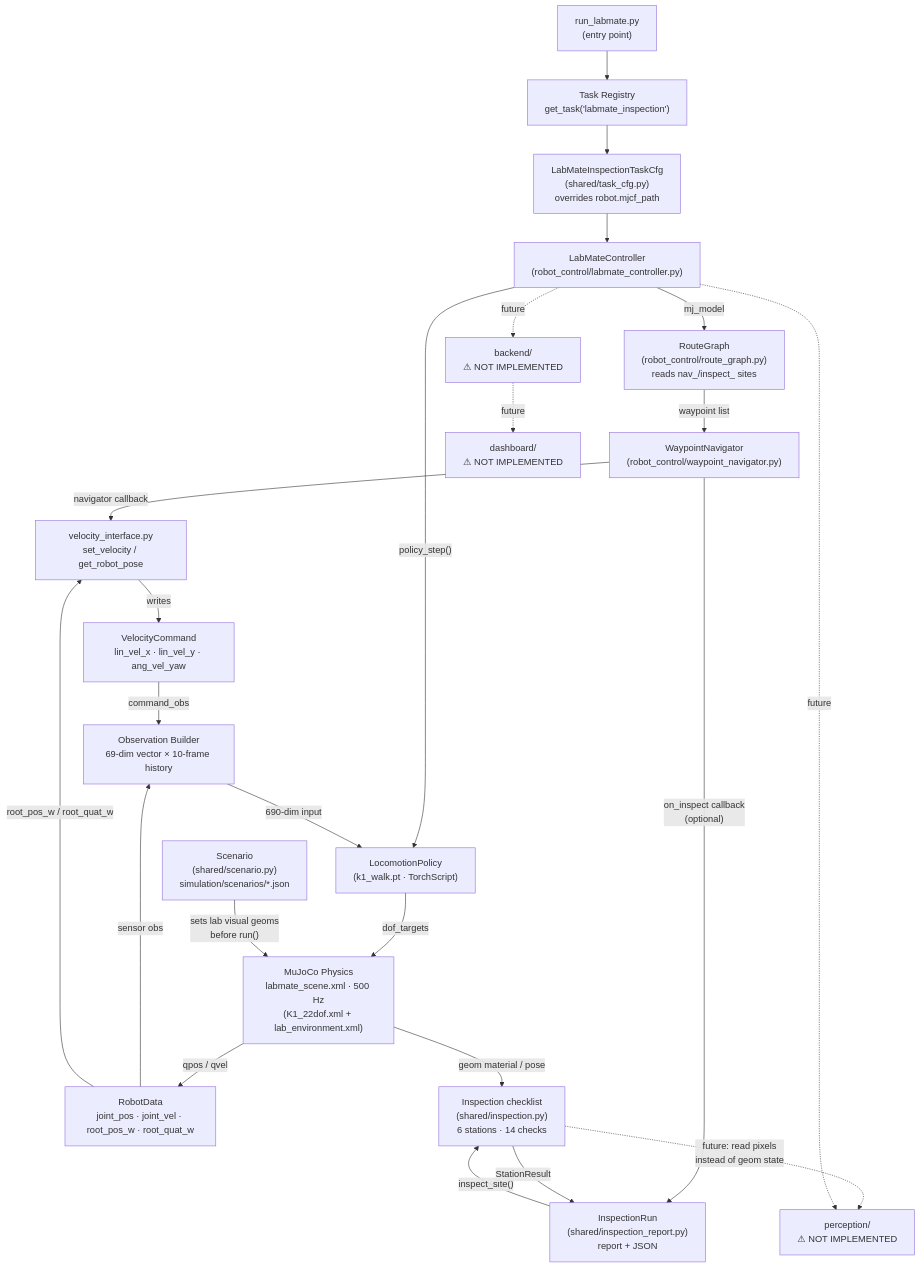
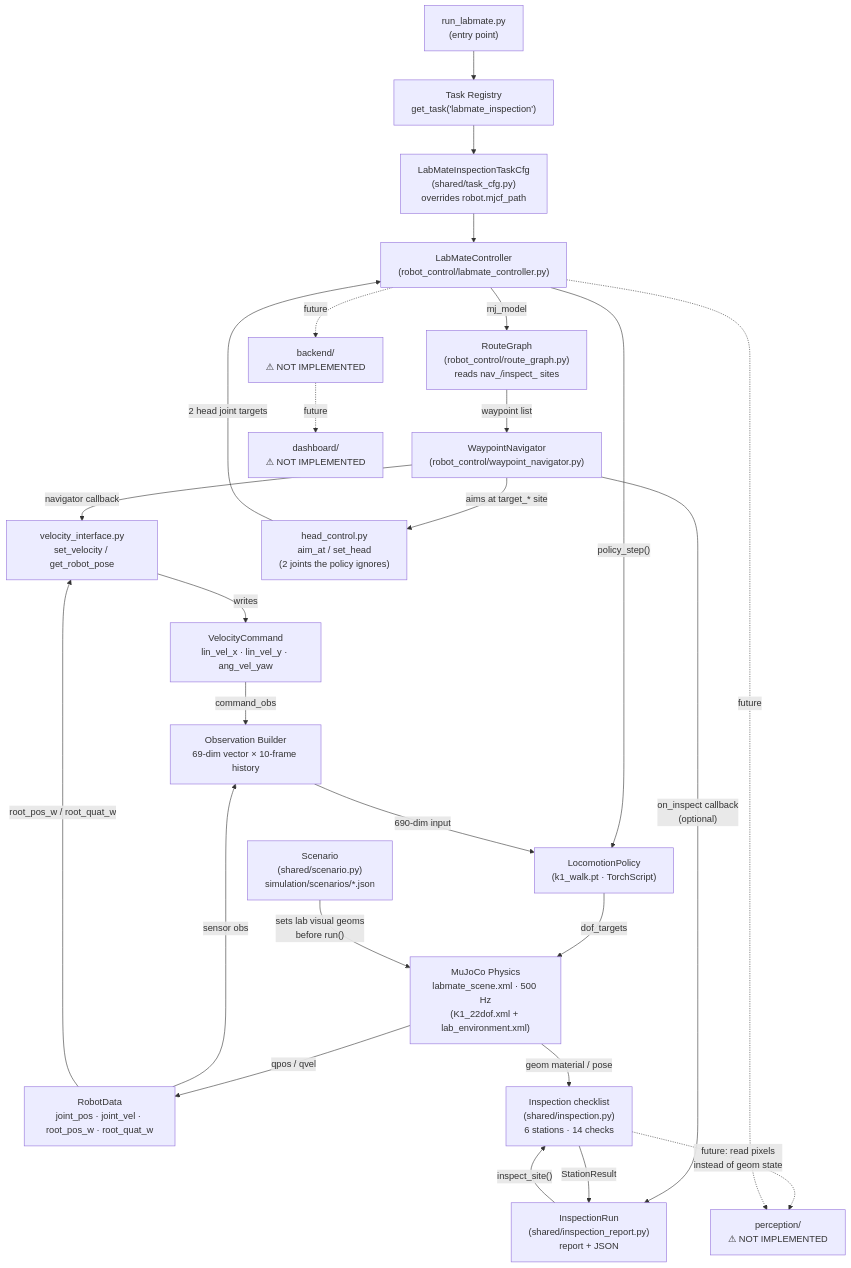
One commit to marcravel/labmate changed the diagram in README.md. Above: the diagram before and after it, drawn with Mermaid. The commit also changed other lines of this file and 6 other files, not shown here.

````diff
--- a/README.md
+++ b/README.md
@@ -40,45 +40,48 @@
 ```mermaid
 flowchart TD
     EP["run_labmate.py\n(entry point)"]
     REG["Task Registry\nget_task('labmate_inspection')"]
     CFG["LabMateInspectionTaskCfg\n(shared/task_cfg.py)\noverrides robot.mjcf_path"]
     LC["LabMateController\n(robot_control/labmate_controller.py)"]
     RG["RouteGraph\n(robot_control/route_graph.py)\nreads nav_/inspect_ sites"]
     WN["WaypointNavigator\n(robot_control/waypoint_navigator.py)"]
     VI["velocity_interface.py\nset_velocity / get_robot_pose"]
+    HC["head_control.py\naim_at / set_head\n(2 joints the policy ignores)"]
     VC["VelocityCommand\nlin_vel_x · lin_vel_y · ang_vel_yaw"]
     LP["LocomotionPolicy\n(k1_walk.pt · TorchScript)"]
     OBS["Observation Builder\n69-dim vector × 10-frame history"]
     MJ["MuJoCo Physics\nlabmate_scene.xml · 500 Hz\n(K1_22dof.xml + lab_environment.xml)"]
     RD["RobotData\njoint_pos · joint_vel · root_pos_w · root_quat_w"]
     SCN["Scenario\n(shared/scenario.py)\nsimulation/scenarios/*.json"]
     INS["Inspection checklist\n(shared/inspection.py)\n6 stations · 14 checks"]
     REP["InspectionRun\n(shared/inspection_report.py)\nreport + JSON"]
 
     PERC["perception/\n⚠ NOT IMPLEMENTED"]
     BACK["backend/\n⚠ NOT IMPLEMENTED"]
     DASH["dashboard/\n⚠ NOT IMPLEMENTED"]
 
     EP --> REG --> CFG --> LC
     LC -- "mj_model" --> RG
     RG -- "waypoint list" --> WN
     WN -- "navigator callback" --> VI
+    WN -- "aims at target_* site" --> HC
     VI -- "writes" --> VC
+    HC -- "2 head joint targets" --> LC
     LC -- "policy_step()" --> LP
     VC -- "command_obs" --> OBS
     RD -- "sensor obs" --> OBS
     OBS -- "690-dim input" --> LP
     LP -- "dof_targets" --> MJ
     MJ -- "qpos / qvel" --> RD
     RD -- "root_pos_w / root_quat_w" --> VI
     SCN -- "sets lab visual geoms\nbefore run()" --> MJ
     WN -- "on_inspect callback\n(optional)" --> REP
     REP -- "inspect_site()" --> INS
     MJ -- "geom material / pose" --> INS
     INS -- "StationResult" --> REP
 
     INS -.->|"future: read pixels\ninstead of geom state"| PERC
     LC -.->|"future"| PERC
     LC -.->|"future"| BACK
     BACK -.->|"future"| DASH
 ```
````
